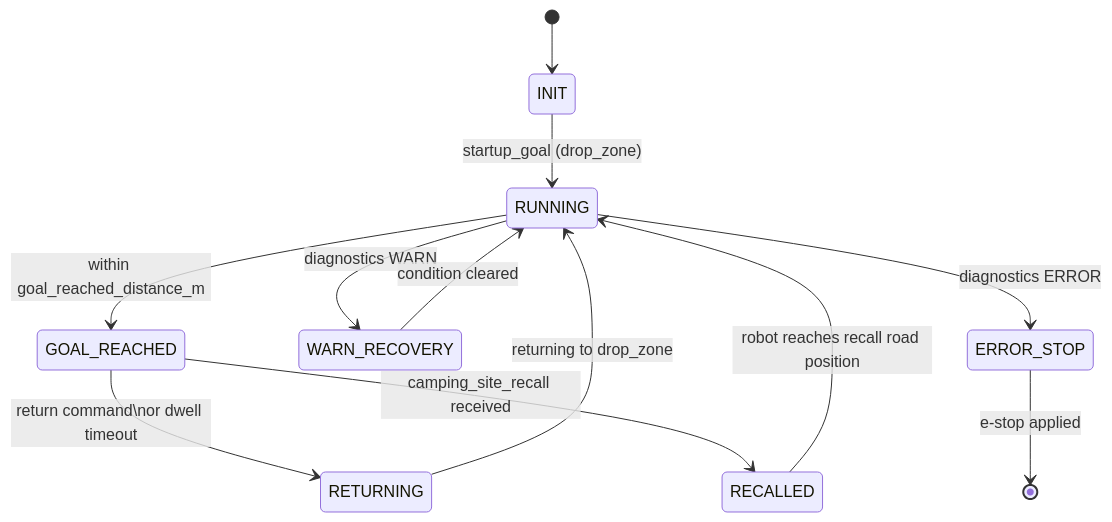
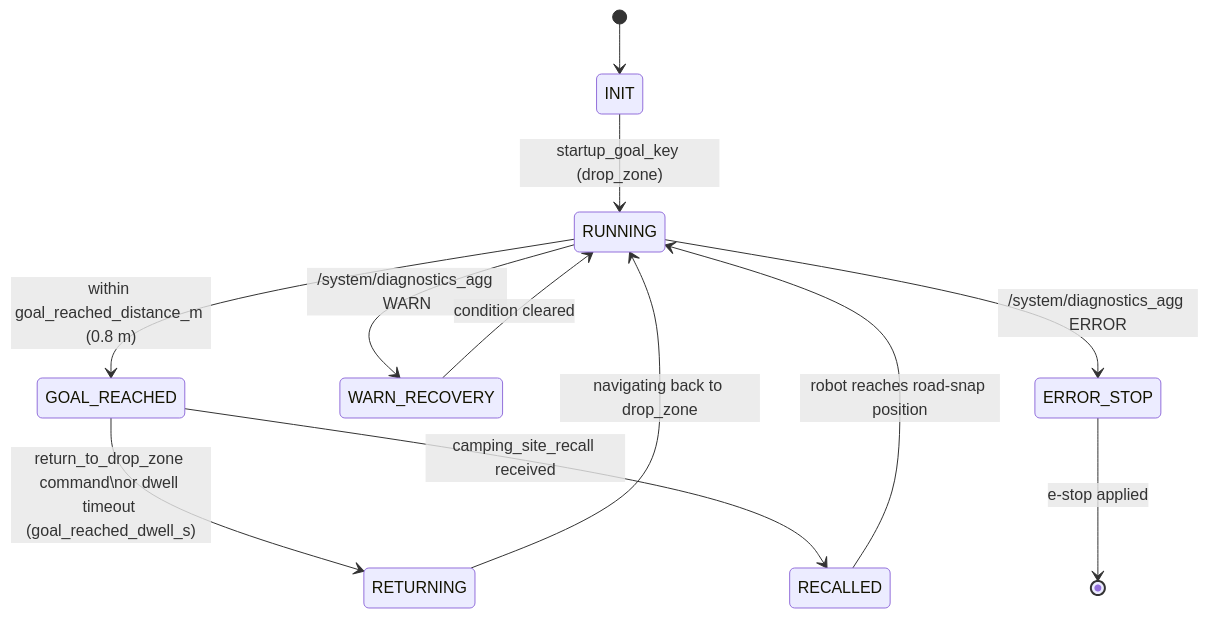
The third of 4 diagrams in camrod_planning/README.md (hwanhonglee/CAMROD), drawn with Mermaid before and after one commit. The commit also changed other lines of this file and 15 other files, not shown here.

First line of the commit message:
docs: full README refactor — 12-section standard, diagrams, interface contracts (v1.10)

````diff
--- a/camrod_planning/README.md
+++ b/camrod_planning/README.md
@@ -187,14 +237,14 @@
 ```mermaid
 stateDiagram-v2
   [*] --> INIT
-  INIT --> RUNNING : startup_goal (drop_zone)
-  RUNNING --> GOAL_REACHED : within goal_reached_distance_m
-  GOAL_REACHED --> RETURNING : return command\nor dwell timeout
+  INIT --> RUNNING : startup_goal_key (drop_zone)
+  RUNNING --> GOAL_REACHED : within goal_reached_distance_m (0.8 m)
+  GOAL_REACHED --> RETURNING : return_to_drop_zone command\nor dwell timeout (goal_reached_dwell_s)
   GOAL_REACHED --> RECALLED : camping_site_recall received
-  RECALLED --> RUNNING : robot reaches recall road position
-  RETURNING --> RUNNING : returning to drop_zone
-  RUNNING --> WARN_RECOVERY : diagnostics WARN
-  RUNNING --> ERROR_STOP : diagnostics ERROR
+  RECALLED --> RUNNING : robot reaches road-snap position
+  RETURNING --> RUNNING : navigating back to drop_zone
+  RUNNING --> WARN_RECOVERY : /system/diagnostics_agg WARN
+  RUNNING --> ERROR_STOP : /system/diagnostics_agg ERROR
   WARN_RECOVERY --> RUNNING : condition cleared
   ERROR_STOP --> [*] : e-stop applied
 ```
````
